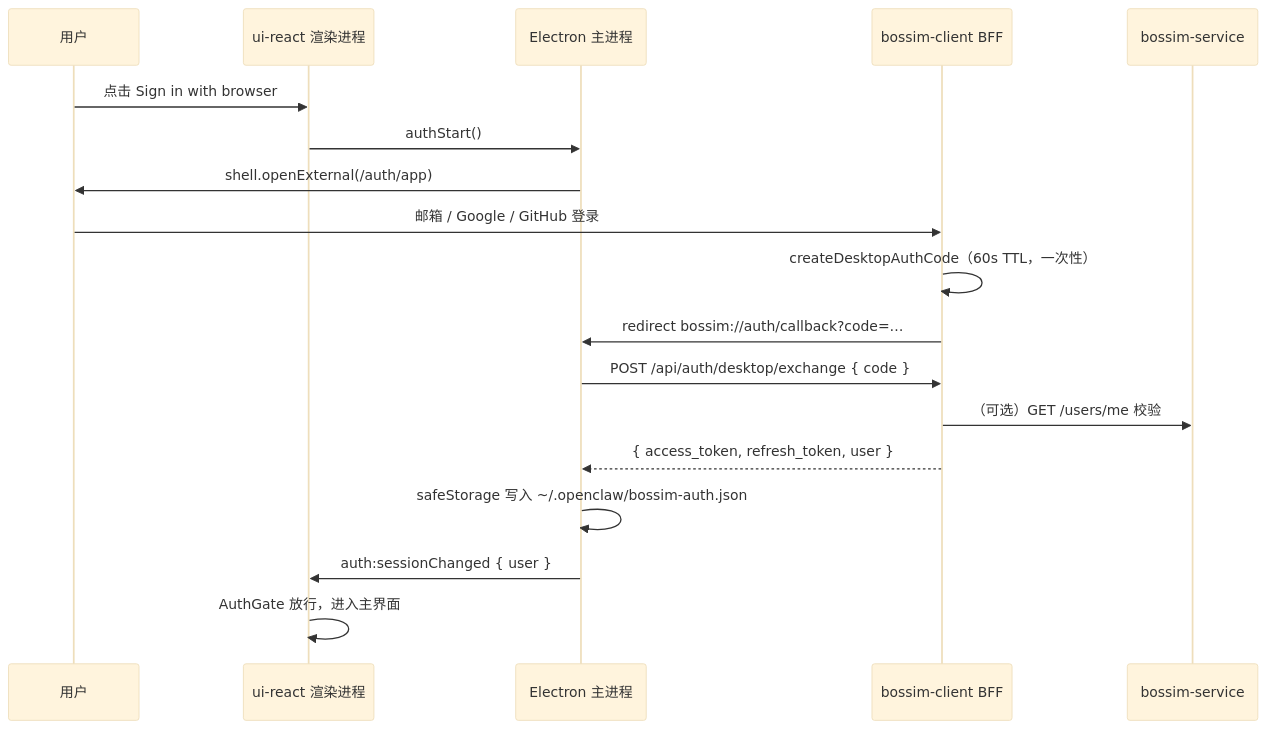
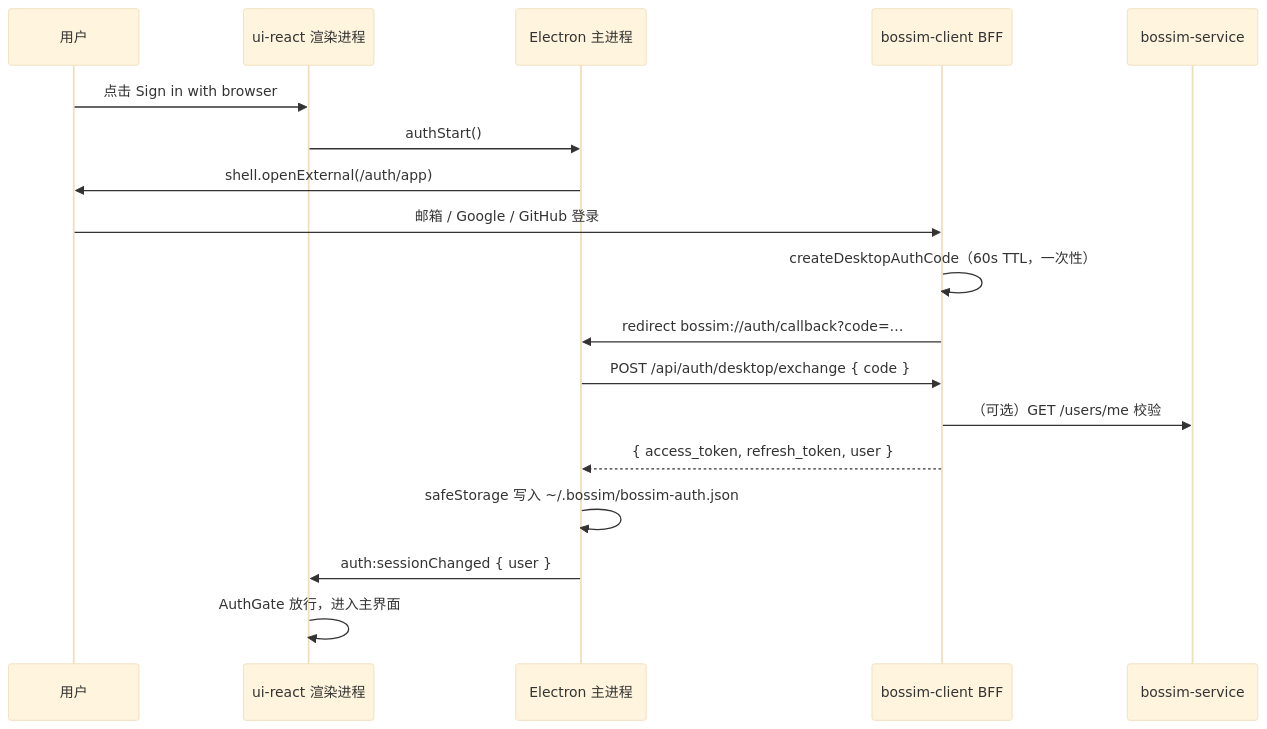
One commit to verse-ai-org/openclaw changed the second of 2 diagrams in ui-react/docs/auth/bossim-auth-guide.md. Above: the diagram before and after it, drawn with Mermaid (base theme). The commit also changed other lines of this file and 23 other files, not shown here.

````diff
--- a/ui-react/docs/auth/bossim-auth-guide.md
+++ b/ui-react/docs/auth/bossim-auth-guide.md
@@ -200,21 +200,21 @@
 ```mermaid
 sequenceDiagram
   participant U as 用户
   participant R as ui-react 渲染进程
   participant M as Electron 主进程
   participant B as bossim-client BFF
   participant S as bossim-service
 
   U->>R: 点击 Sign in with browser
   R->>M: authStart()
   M->>U: shell.openExternal(/auth/app)
   U->>B: 邮箱 / Google / GitHub 登录
   B->>B: createDesktopAuthCode（60s TTL，一次性）
   B->>M: redirect bossim://auth/callback?code=…
   M->>B: POST /api/auth/desktop/exchange { code }
   B->>S: （可选）GET /users/me 校验
   B-->>M: { access_token, refresh_token, user }
-  M->>M: safeStorage 写入 ~/.openclaw/bossim-auth.json
+  M->>M: safeStorage 写入 ~/.bossim/bossim-auth.json
   M->>R: auth:sessionChanged { user }
   R->>R: AuthGate 放行，进入主界面
 ```
````
